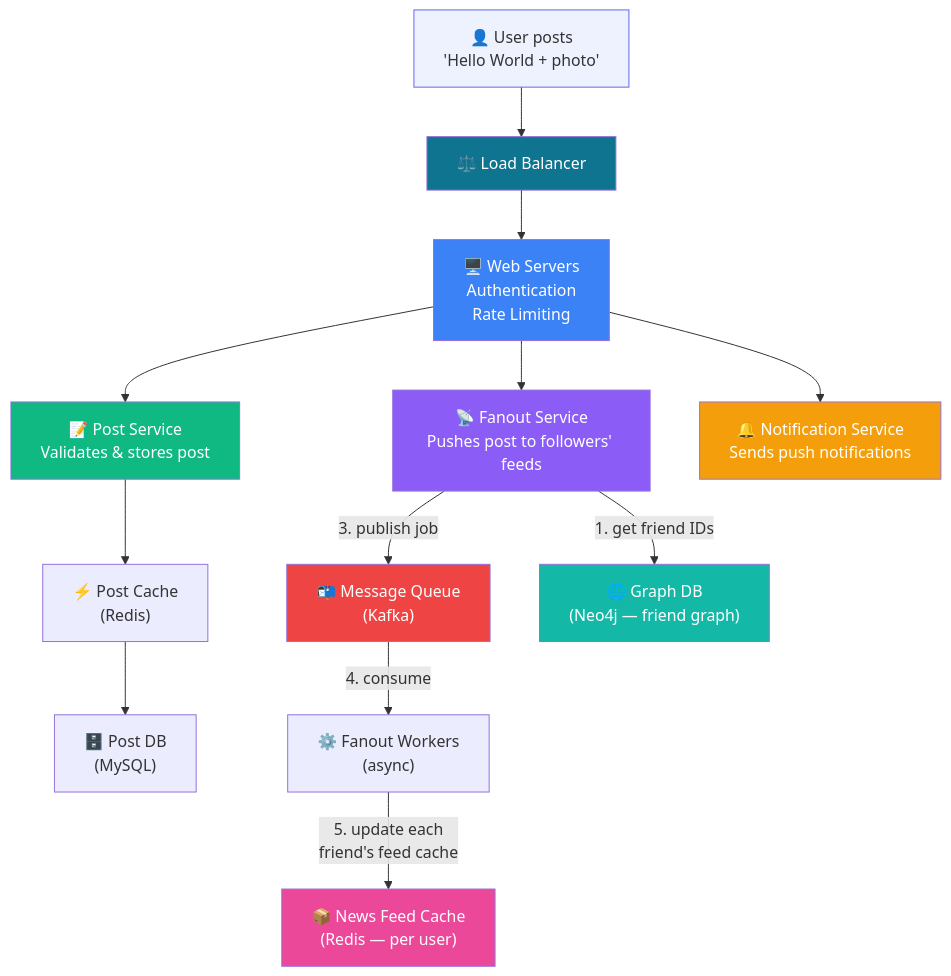
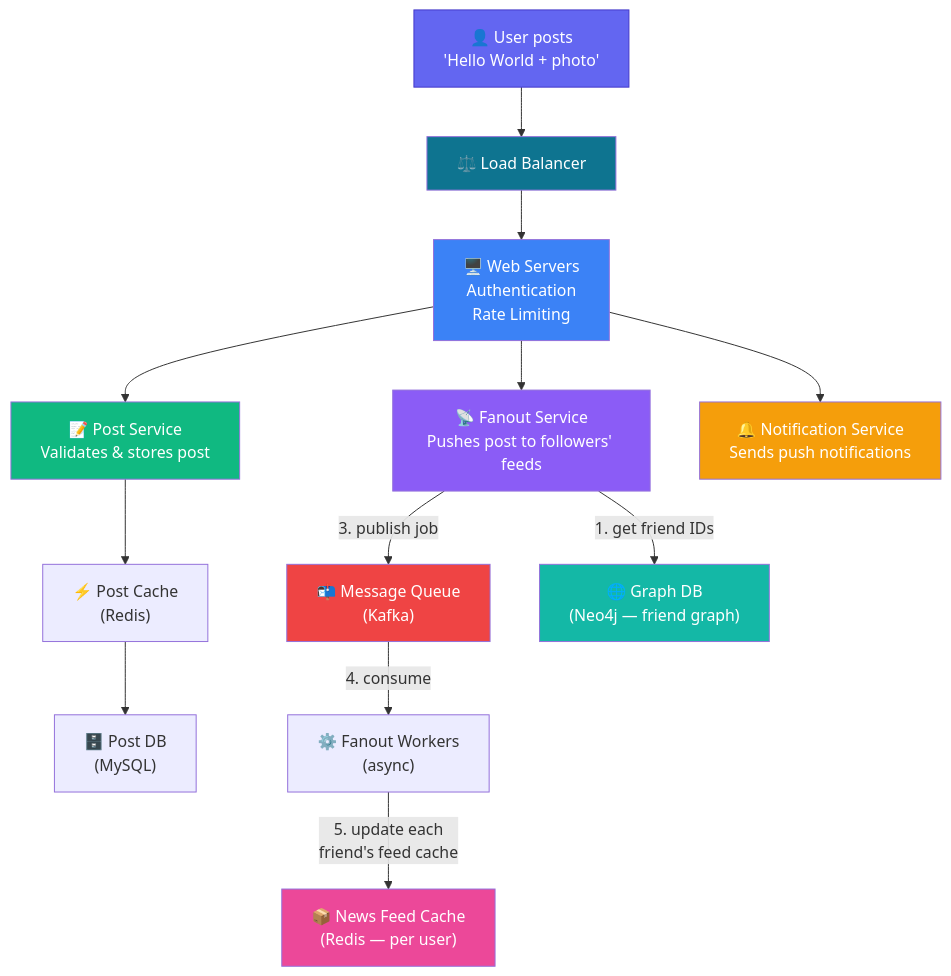
Before and after one commit to devops-monk/system-design-blog: the eighth of 18 diagrams in content/posts/2026/framework-for-system-design-interviews.md, drawn with Mermaid. The commit also changed other lines of this file and 5 other files, not shown here.

````diff
--- a/content/posts/2026/framework-for-system-design-interviews.md
+++ b/content/posts/2026/framework-for-system-design-interviews.md
@@ -313,35 +313,35 @@
 ```mermaid
 flowchart TD
     U["👤 User posts\n'Hello World + photo'"]
     LB["⚖️ Load Balancer"]
     WS["🖥️ Web Servers\nAuthentication\nRate Limiting"]
     PS["📝 Post Service\nValidates & stores post"]
     FS["📡 Fanout Service\nPushes post to followers' feeds"]
     NS["🔔 Notification Service\nSends push notifications"]
     PC["⚡ Post Cache\n(Redis)"]
     PDB["🗄️ Post DB\n(MySQL)"]
     MQ["📬 Message Queue\n(Kafka)"]
     FW["⚙️ Fanout Workers\n(async)"]
     NFC["📦 News Feed Cache\n(Redis — per user)"]
     GDB["🌐 Graph DB\n(Neo4j — friend graph)"]
 
     U --> LB --> WS
     WS --> PS
     WS --> FS
     WS --> NS
     PS --> PC --> PDB
     FS -->|"1. get friend IDs"| GDB
     FS -->|"3. publish job"| MQ
     MQ -->|"4. consume"| FW
     FW -->|"5. update each\nfriend's feed cache"| NFC
 
-    style U fill:#EEF2FF,stroke:#6366F1
+    style U fill:#6366F1,stroke:#4338CA,color:#fff
     style LB fill:#0E7490,color:#fff
     style WS fill:#3B82F6,color:#fff
     style PS fill:#10B981,color:#fff
     style FS fill:#8B5CF6,color:#fff
     style NS fill:#F59E0B,color:#fff
     style MQ fill:#EF4444,color:#fff
     style NFC fill:#EC4899,color:#fff
     style GDB fill:#14B8A6,color:#fff
 ```
````
